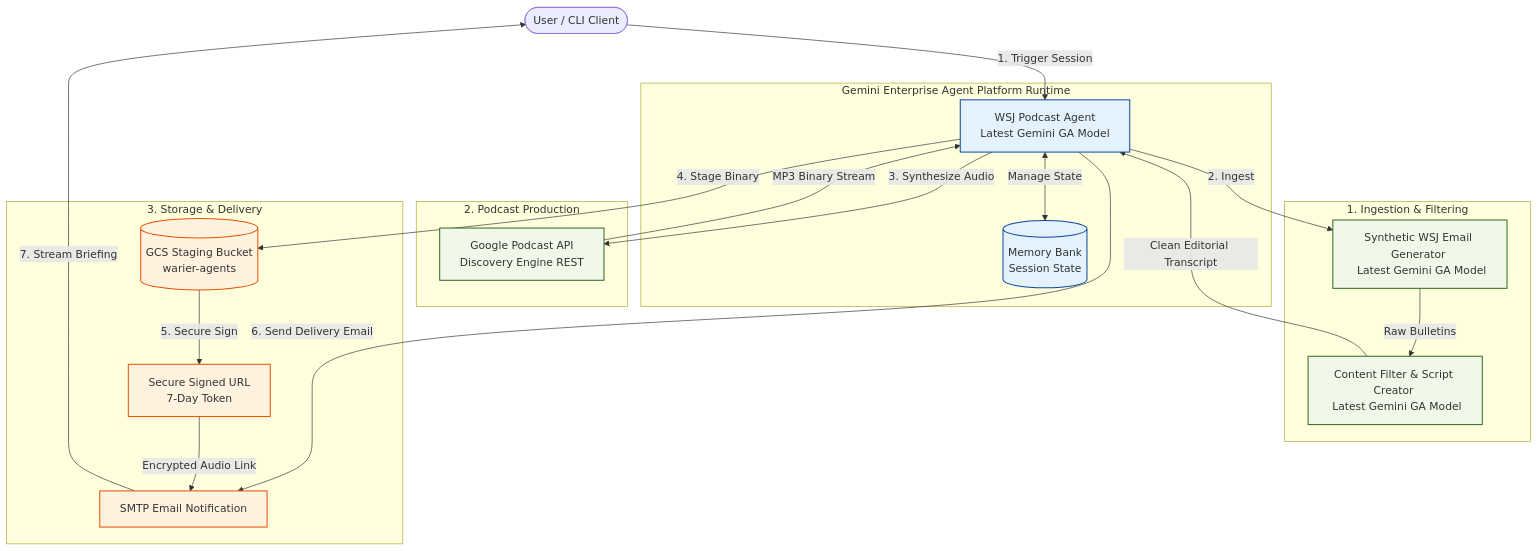
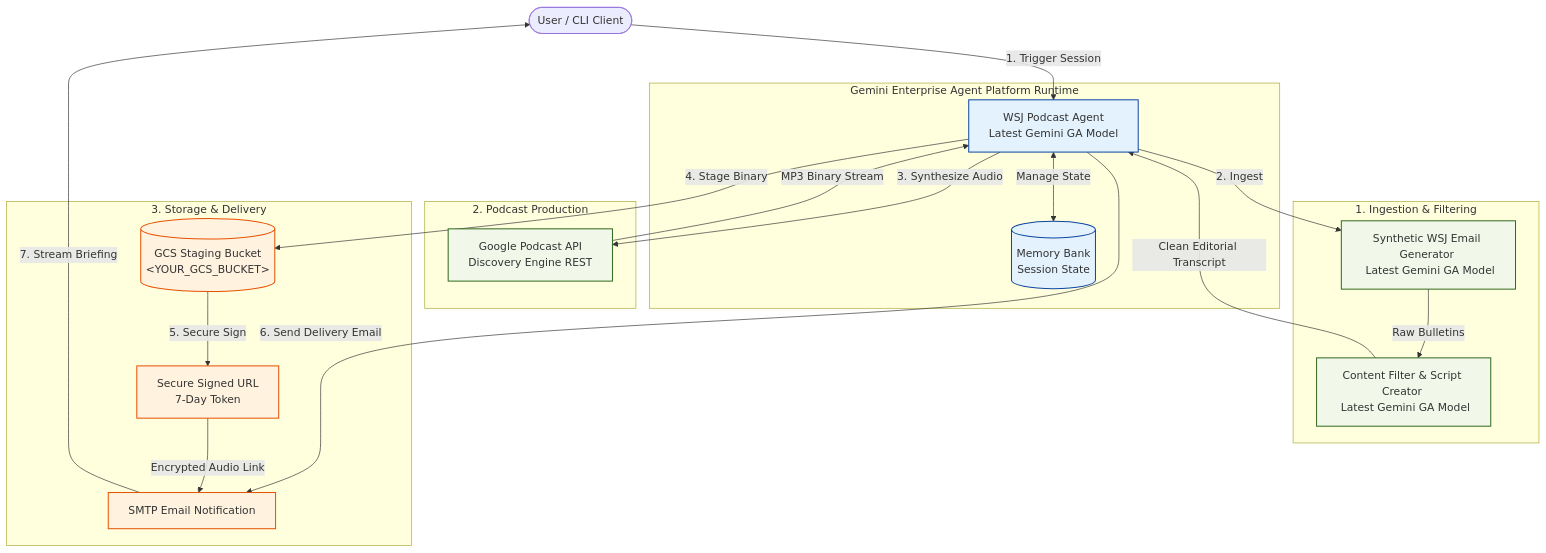
The diagram in README.md (anjaliwarier/wsj-podcast-demo), drawn with Mermaid before and after one commit. The commit also changed other lines of this file and 10 other files, not shown here.

````diff
--- a/README.md
+++ b/README.md
@@ -13,52 +13,52 @@
 ```mermaid
 flowchart TB
     %% Classes & Styles
     classDef agent fill:#e3f2fd,stroke:#0d47a1,stroke-width:1.5px;
     classDef service fill:#f1f8e9,stroke:#33691e,stroke-width:1.5px;
     classDef storage fill:#fff3e0,stroke:#e65100,stroke-width:1.5px;
 
     %% Node Definitions
     User([User / CLI Client])
     
     subgraph Runtime [Gemini Enterprise Agent Platform Runtime]
         Agent[WSJ Podcast Agent <br> Latest Gemini GA Model]
         Memory[(Memory Bank <br> Session State)]
     end
 
     subgraph Ingestion [1. Ingestion & Filtering]
         EmailService[Synthetic WSJ Email Generator <br> Latest Gemini GA Model]
         Extractor[Content Filter & Script Creator <br> Latest Gemini GA Model]
     end
 
     subgraph AudioGen [2. Podcast Production]
         PodcastAPI[Google Podcast API <br> Discovery Engine REST]
     end
 
     subgraph Distribution [3. Storage & Delivery]
-        GCS[(GCS Staging Bucket <br> warier-agents)]
+        GCS[(GCS Staging Bucket <br> &lt;YOUR_GCS_BUCKET&gt;)]
         SignedURL[Secure Signed URL <br> 7-Day Token]
         SMTP[SMTP Email Notification]
     end
 
     %% Relationships & Flow
     User -->|1. Trigger Session| Agent
     Agent <-->|Manage State| Memory
     
     Agent -->|2. Ingest| EmailService
     EmailService -->|Raw Bulletins| Extractor
     Extractor -->|Clean Editorial Transcript| Agent
     
     Agent -->|3. Synthesize Audio| PodcastAPI
     PodcastAPI -->|MP3 Binary Stream| Agent
     
     Agent -->|4. Stage Binary| GCS
     GCS -->|5. Secure Sign| SignedURL
     Agent -->|6. Send Delivery Email| SMTP
     SignedURL -->|Encrypted Audio Link| SMTP
     SMTP -->|7. Stream Briefing| User
 
     %% Apply Styling Classes
     class Agent,Memory agent;
     class EmailService,Extractor,PodcastAPI service;
     class GCS,SignedURL,SMTP storage;
 ```
````
